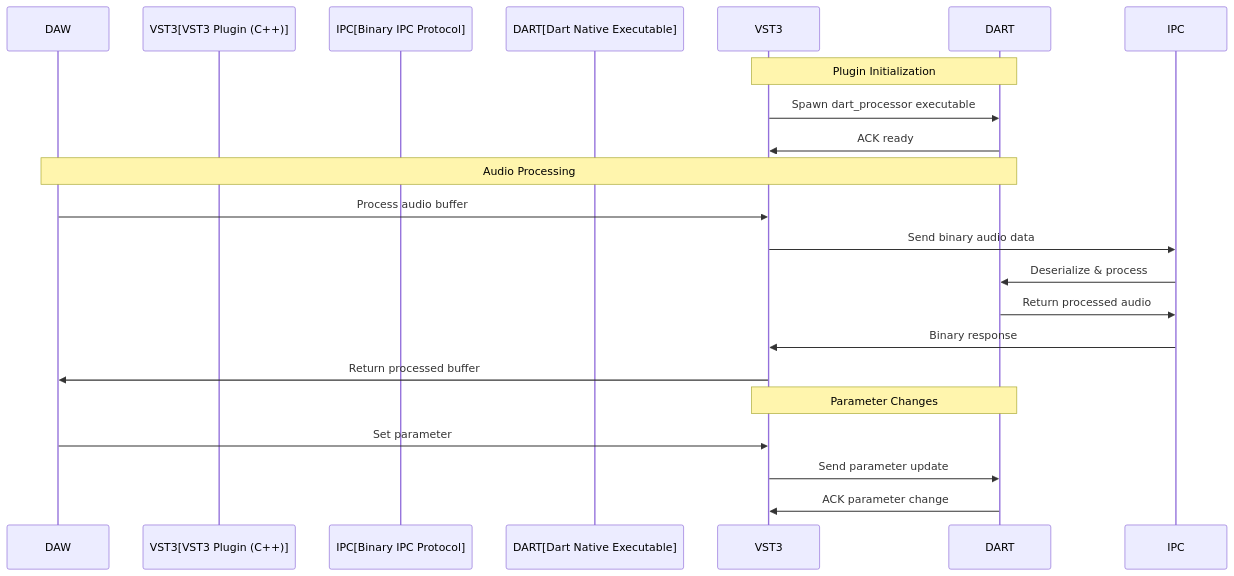
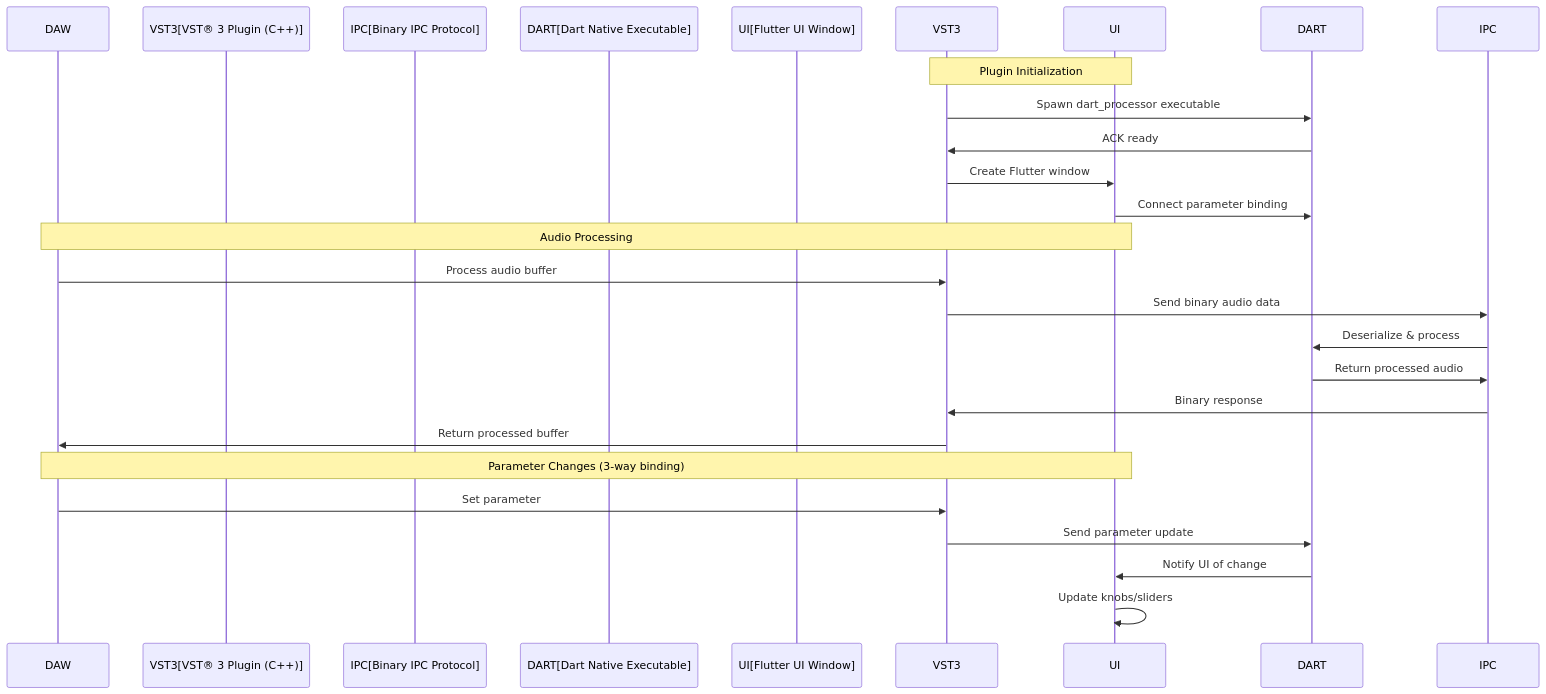
Before and after one commit to MelbourneDeveloper/flutter_vst3: the second of 2 diagrams in README.md, drawn with Mermaid. The commit also changed other lines of this file and 47 other files, not shown here.

Commit message:
Rebrand to flutter_vst3

````diff
--- a/README.md
+++ b/README.md
@@ -82,24 +86,28 @@
 ```mermaid
 sequenceDiagram
     participant DAW
-    participant VST3[VST3 Plugin (C++)]
+    participant VST3[VST® 3 Plugin (C++)]
     participant IPC[Binary IPC Protocol]
     participant DART[Dart Native Executable]
+    participant UI[Flutter UI Window]
     
-    Note over VST3,DART: Plugin Initialization
+    Note over VST3,UI: Plugin Initialization
     VST3->>DART: Spawn dart_processor executable
     DART->>VST3: ACK ready
+    VST3->>UI: Create Flutter window
+    UI->>DART: Connect parameter binding
     
-    Note over DAW,DART: Audio Processing
+    Note over DAW,UI: Audio Processing
     DAW->>VST3: Process audio buffer
     VST3->>IPC: Send binary audio data
     IPC->>DART: Deserialize & process
     DART->>IPC: Return processed audio
     IPC->>VST3: Binary response
     VST3->>DAW: Return processed buffer
     
-    Note over VST3,DART: Parameter Changes
+    Note over DAW,UI: Parameter Changes (3-way binding)
     DAW->>VST3: Set parameter
     VST3->>DART: Send parameter update
-    DART->>VST3: ACK parameter change
+    DART->>UI: Notify UI of change
+    UI->>UI: Update knobs/sliders
 ```
````
